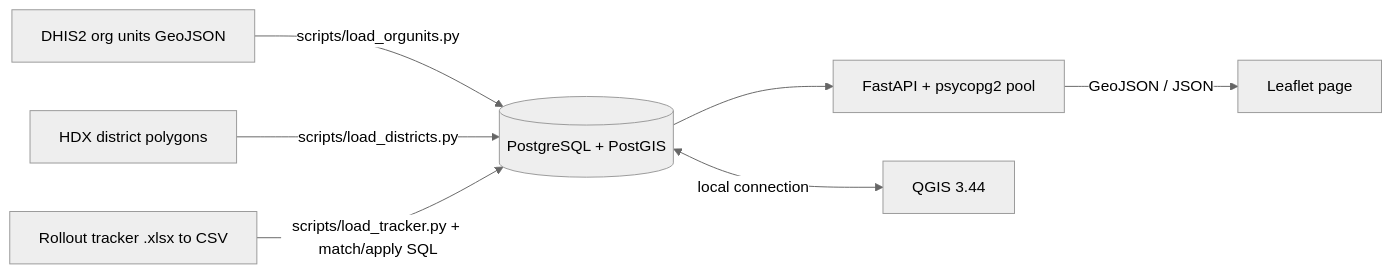
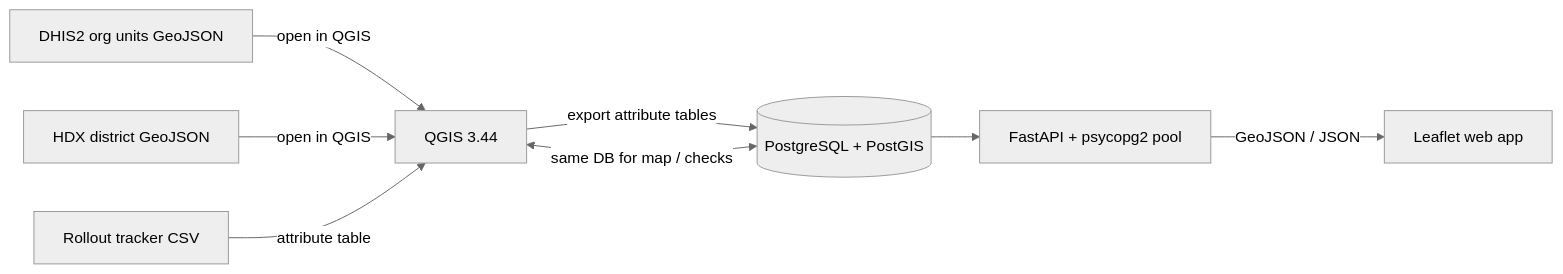
The diagram in README.md (evance-mose/FacilityGeo-Malawi), drawn with Mermaid (neutral theme) before and after one commit. The commit also changed other lines of this file and 6 other files, not shown here.

Commit message:
Update README.md and scripts to clarify QGIS import process and emphasize optional data loading scripts. Enhance setup instructions and provide step-by-step guidance for data import into PostGIS.

````diff
--- a/README.md
+++ b/README.md
@@ -20,9 +20,10 @@
 ```mermaid
 flowchart LR
-    A[DHIS2 org units GeoJSON] -->|scripts/load_orgunits.py| P[(PostgreSQL + PostGIS)]
-    B[HDX district polygons] -->|scripts/load_districts.py| P
-    C[Rollout tracker .xlsx to CSV] -->|scripts/load_tracker.py + match/apply SQL| P
+    A[DHIS2 org units GeoJSON] -->|open in QGIS| Q[QGIS 3.44]
+    B[HDX district GeoJSON] -->|open in QGIS| Q
+    C[Rollout tracker CSV] -->|attribute table| Q
+    Q -->|export attribute tables| P[(PostgreSQL + PostGIS)]
     P --> F[FastAPI + psycopg2 pool]
-    F -->|GeoJSON / JSON| L[Leaflet page]
-    P <-->|local connection| Q[QGIS 3.44]
+    F -->|GeoJSON / JSON| L[Leaflet web app]
+    P <-->|same DB for map / checks| Q
 ```
````
